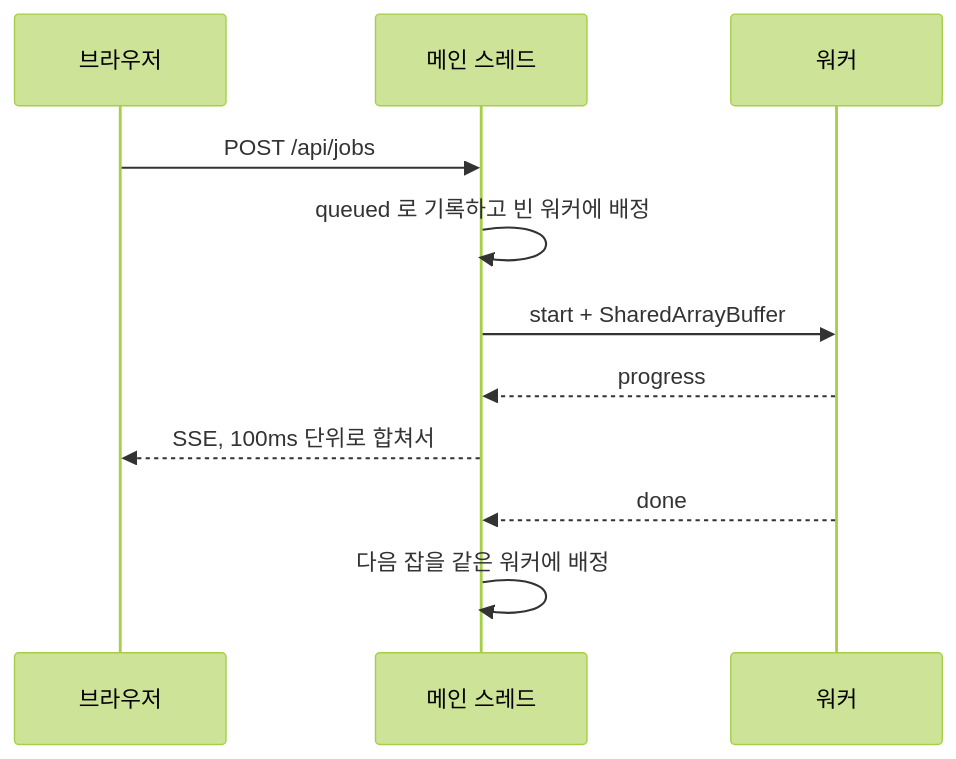
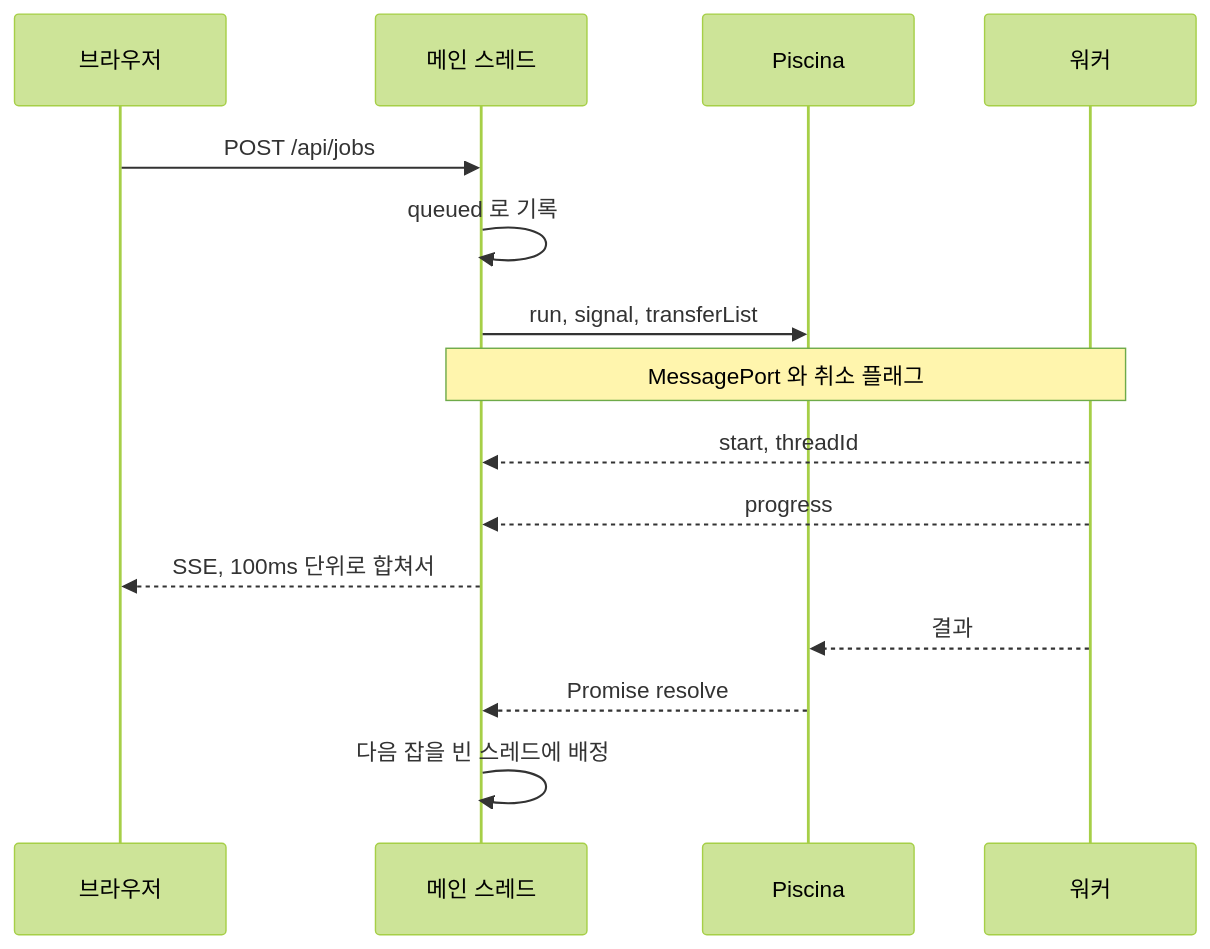
One commit to santarosalia/worker-job-dashboard changed the second of 3 diagrams in README.md. Above: the diagram before and after it, drawn with Mermaid (forest theme). The commit also changed other lines of this file and 12 other files, not shown here.

````diff
--- a/README.md
+++ b/README.md
@@ -55,13 +59,17 @@
 ```mermaid
 sequenceDiagram
   participant C as 브라우저
   participant M as 메인 스레드
+  participant P as Piscina
   participant W as 워커
   C->>M: POST /api/jobs
-  M->>M: queued 로 기록하고 빈 워커에 배정
-  M->>W: start + SharedArrayBuffer
+  M->>M: queued 로 기록
+  M->>P: run, signal, transferList
+  Note over M,W: MessagePort 와 취소 플래그
+  W-->>M: start, threadId
   W-->>M: progress
   M-->>C: SSE, 100ms 단위로 합쳐서
-  W-->>M: done
-  M->>M: 다음 잡을 같은 워커에 배정
+  W-->>P: 결과
+  P-->>M: Promise resolve
+  M->>M: 다음 잡을 빈 스레드에 배정
 ```
````
